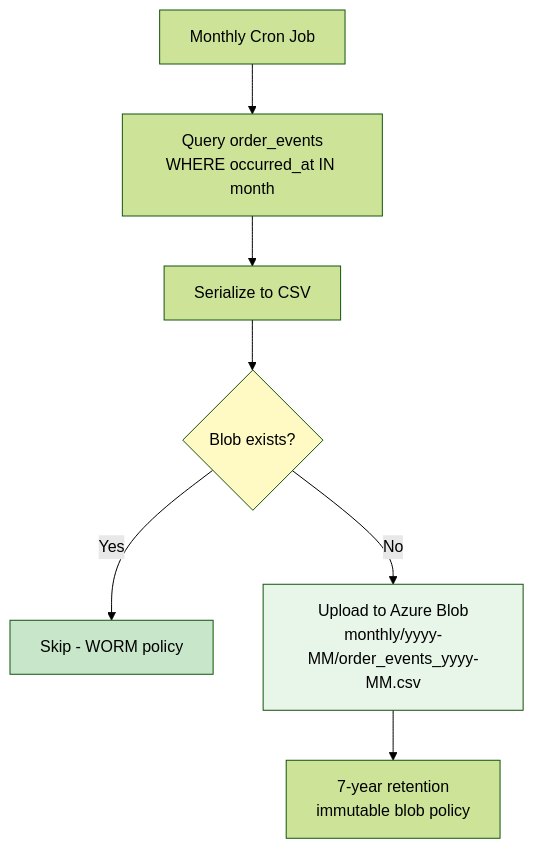
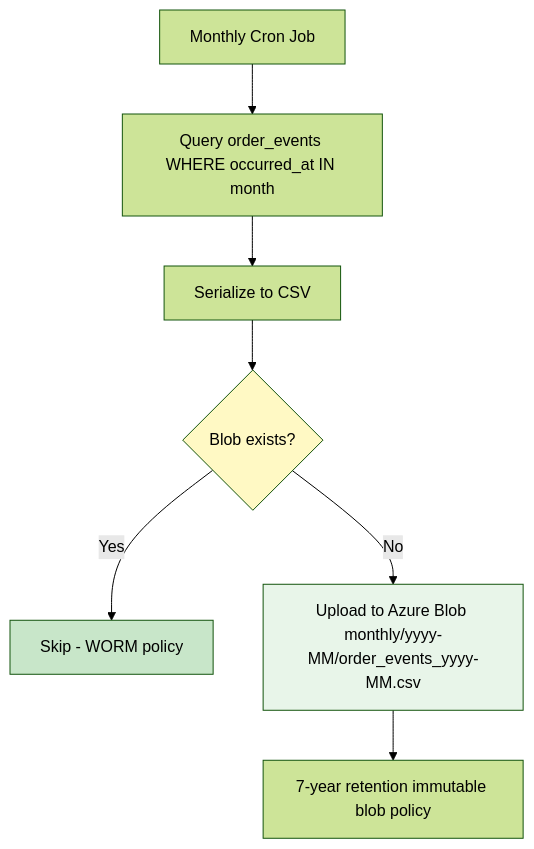
One commit to DynamicKarabo/equilink changed diagram 11 of 12 in README.md. Above: the diagram before and after it, drawn with Mermaid (forest theme). The commit also changed other lines of this file, not shown here.

Commit message:
Replace br tags with spaces in Mermaid diagrams for GitHub compatibility

````diff
--- a/README.md
+++ b/README.md
@@ -598,13 +598,13 @@
 ```mermaid
 graph TD
-    A[Monthly Cron Job] --> B[Query order_events<br/>WHERE occurred_at IN month]
+    A[Monthly Cron Job] --> B[Query order_events WHERE occurred_at IN month]
     B --> C[Serialize to CSV]
     C --> D{Blob exists?}
     D -->|Yes| E[Skip - WORM policy]
-    D -->|No| F[Upload to Azure Blob<br/>monthly/yyyy-MM/order_events_yyyy-MM.csv]
-    F --> G[7-year retention<br/>immutable blob policy]
+    D -->|No| F[Upload to Azure Blob monthly/yyyy-MM/order_events_yyyy-MM.csv]
+    F --> G[7-year retention immutable blob policy]
 
     style D fill:#fff9c4
     style E fill:#c8e6c9
     style F fill:#e8f5e9
 ```
````
